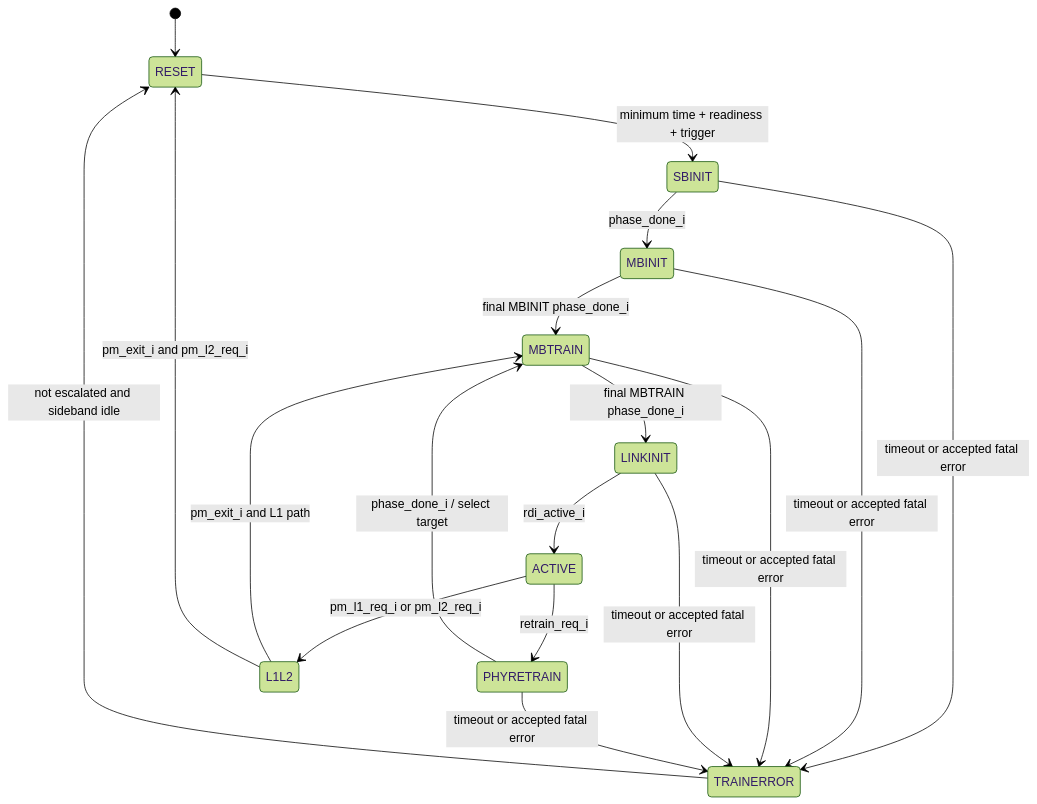
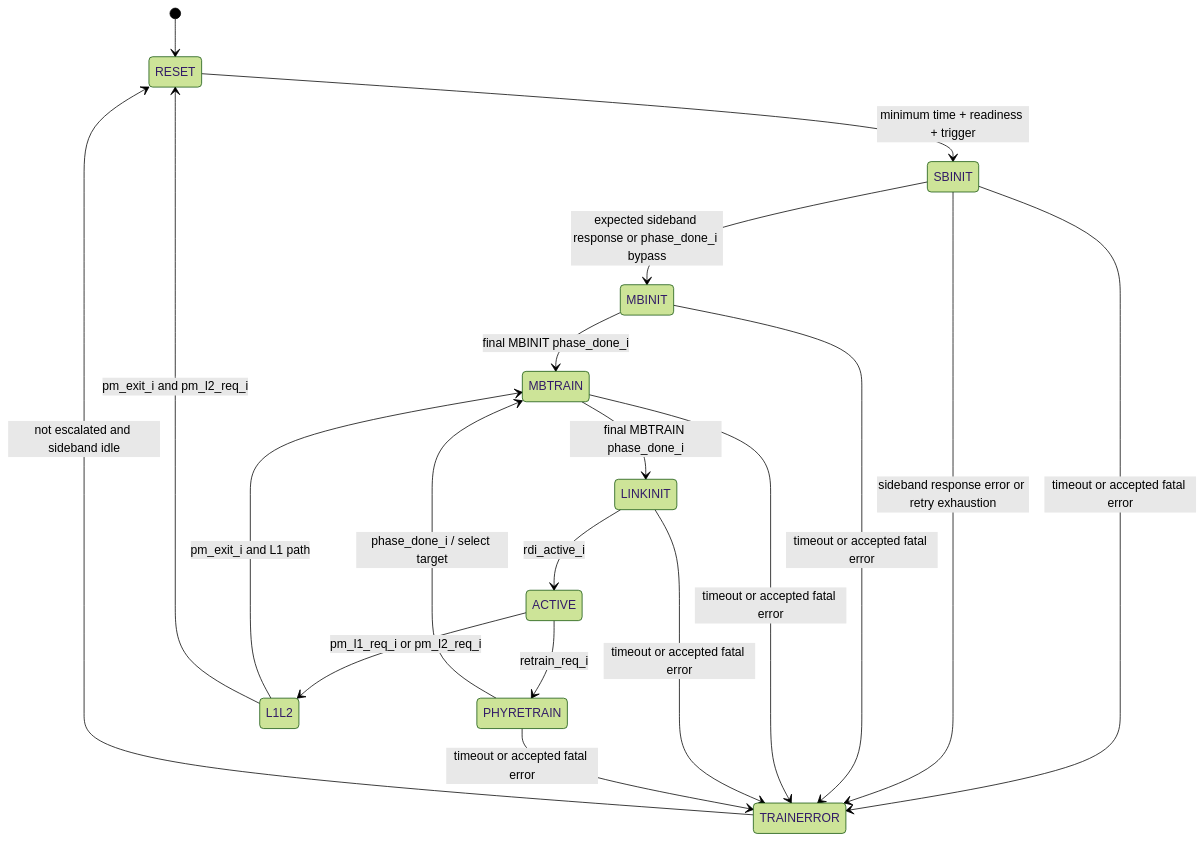
The diagram in docs/02_ltssm/README.md (Varadain/ucie-ltsm), drawn with Mermaid (forest theme) before and after one commit. The commit also changed other lines of this file and 33 other files, not shown here.

````diff
--- a/docs/02_ltssm/README.md
+++ b/docs/02_ltssm/README.md
@@ -7,21 +7,22 @@
 ```mermaid
 stateDiagram-v2
     [*] --> RESET
     RESET --> SBINIT: minimum time + readiness + trigger
-    SBINIT --> MBINIT: phase_done_i
+    SBINIT --> MBINIT: expected sideband response or phase_done_i bypass
     MBINIT --> MBTRAIN: final MBINIT phase_done_i
     MBTRAIN --> LINKINIT: final MBTRAIN phase_done_i
     LINKINIT --> ACTIVE: rdi_active_i
     ACTIVE --> PHYRETRAIN: retrain_req_i
     PHYRETRAIN --> MBTRAIN: phase_done_i / select target
     ACTIVE --> L1L2: pm_l1_req_i or pm_l2_req_i
     L1L2 --> MBTRAIN: pm_exit_i and L1 path
     L1L2 --> RESET: pm_exit_i and pm_l2_req_i
     TRAINERROR --> RESET: not escalated and sideband idle
 
     SBINIT --> TRAINERROR: timeout or accepted fatal error
+    SBINIT --> TRAINERROR: sideband response error or retry exhaustion
     MBINIT --> TRAINERROR: timeout or accepted fatal error
     MBTRAIN --> TRAINERROR: timeout or accepted fatal error
     LINKINIT --> TRAINERROR: timeout or accepted fatal error
     PHYRETRAIN --> TRAINERROR: timeout or accepted fatal error
 ```
````
